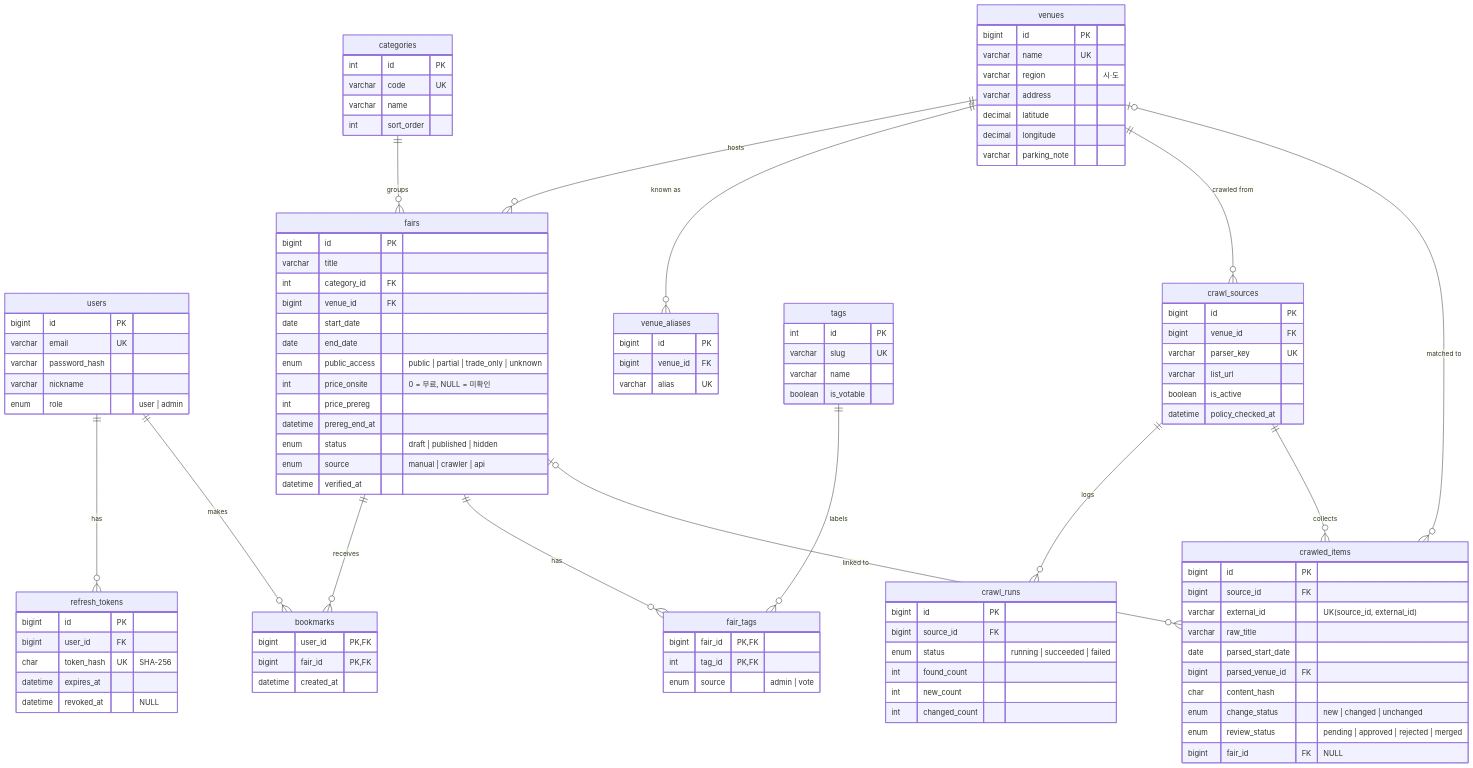
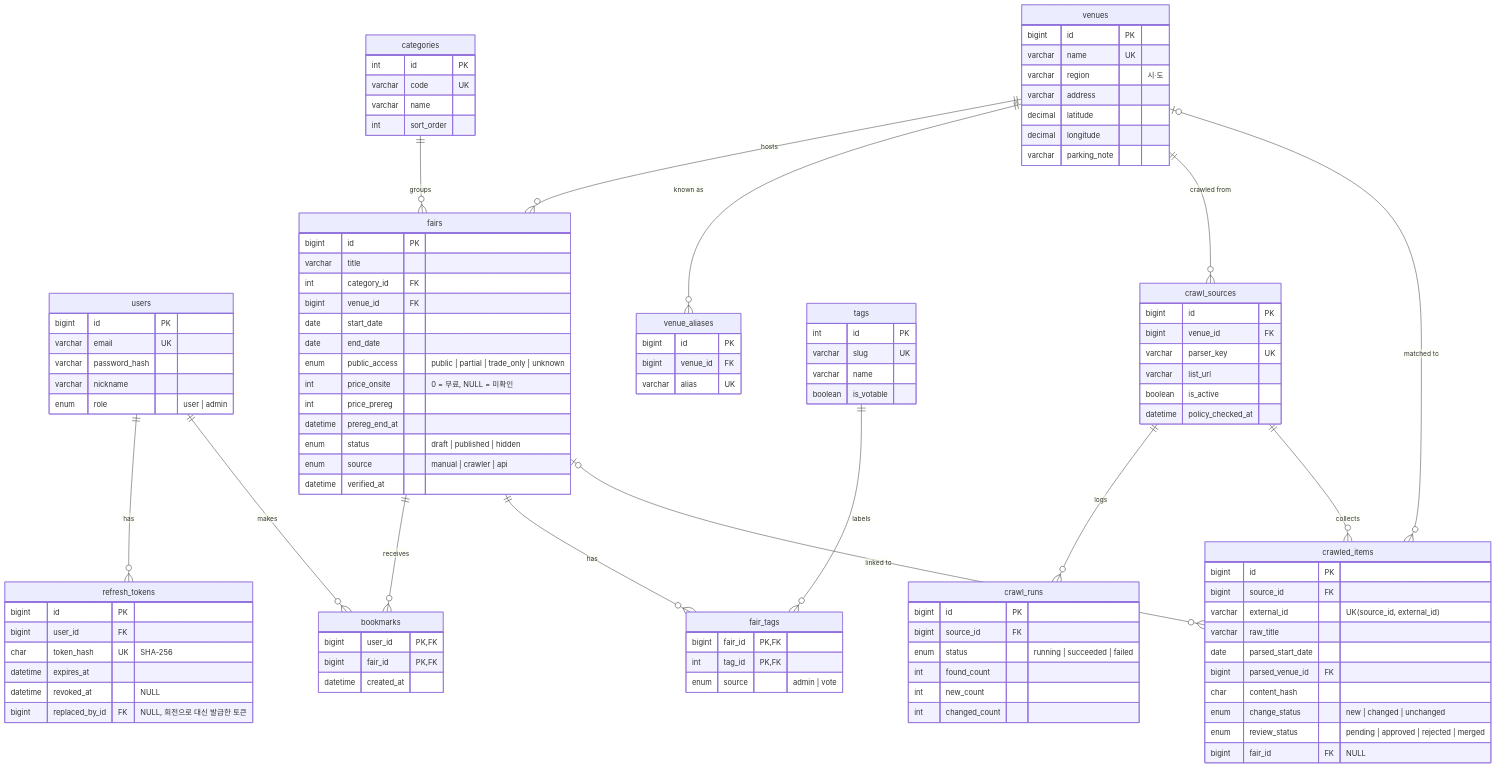
One commit to wlsdnr4319-jpg/fairpick changed the diagram in docs/erd.md. Above: the diagram before and after it, drawn with Mermaid. The commit also changed 7 other files, not shown here.

```diff
--- a/docs/erd.md
+++ b/docs/erd.md
@@ -31,6 +31,7 @@
         char token_hash UK "SHA-256"
         datetime expires_at
         datetime revoked_at "NULL"
+        bigint replaced_by_id FK "NULL, 회전으로 대신 발급한 토큰"
     }
     venues {
         bigint id PK
```
